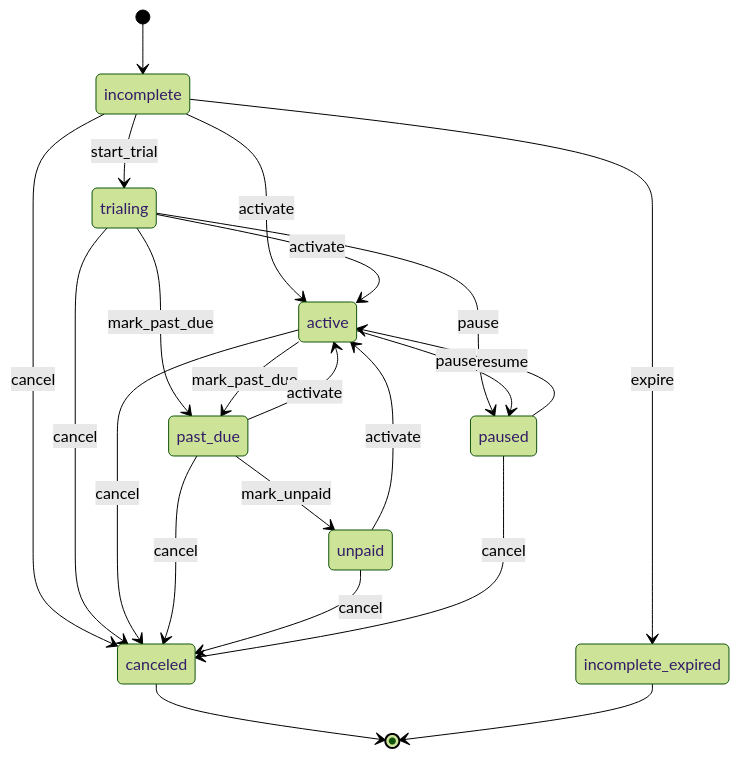
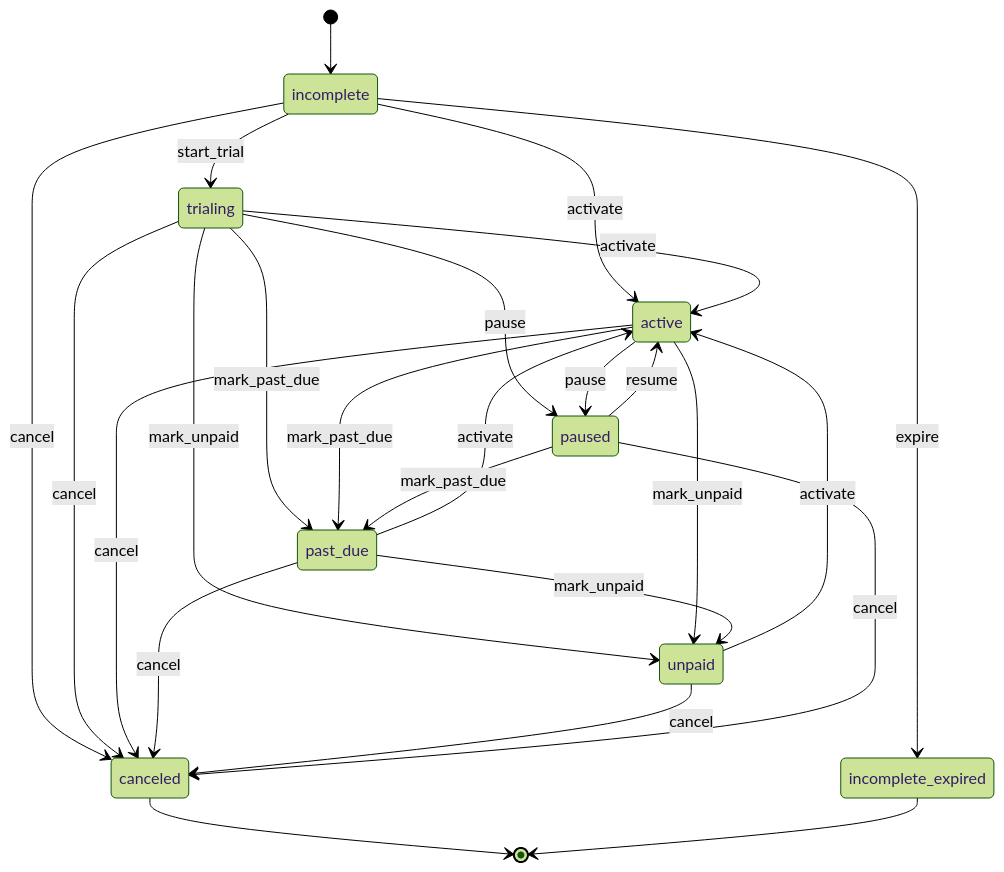
The first of 4 diagrams in docs/domain/07-state-machines.md (akira-io/payable), drawn with Mermaid (forest theme) before and after one commit. The commit also changed other lines of this file and 2 other files, not shown here.

Commit message:
fix(states): add provider dunning edges to the subscription machine (#299)
active->unpaid, paused->past_due and trialing->unpaid are legitimate
Stripe lifecycle transitions but threw InvalidStateTransitionError,
making the published machine reject valid provider events when used as a
validation gate. Add the edges and document them.

````diff
--- a/docs/domain/07-state-machines.md
+++ b/docs/domain/07-state-machines.md
@@ -79,24 +82,27 @@
 ```mermaid
 stateDiagram-v2
   [*] --> incomplete
   incomplete --> trialing: start_trial
   incomplete --> active: activate
   incomplete --> incomplete_expired: expire
   incomplete --> canceled: cancel
   trialing --> active: activate
   trialing --> past_due: mark_past_due
+  trialing --> unpaid: mark_unpaid
   trialing --> paused: pause
   trialing --> canceled: cancel
   active --> past_due: mark_past_due
+  active --> unpaid: mark_unpaid
   active --> paused: pause
   active --> canceled: cancel
   past_due --> active: activate
   past_due --> unpaid: mark_unpaid
   past_due --> canceled: cancel
   unpaid --> active: activate
   unpaid --> canceled: cancel
   paused --> active: resume
+  paused --> past_due: mark_past_due
   paused --> canceled: cancel
   canceled --> [*]
   incomplete_expired --> [*]
 ```
````
